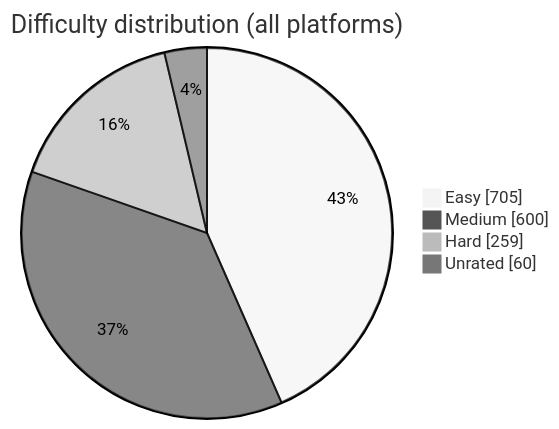
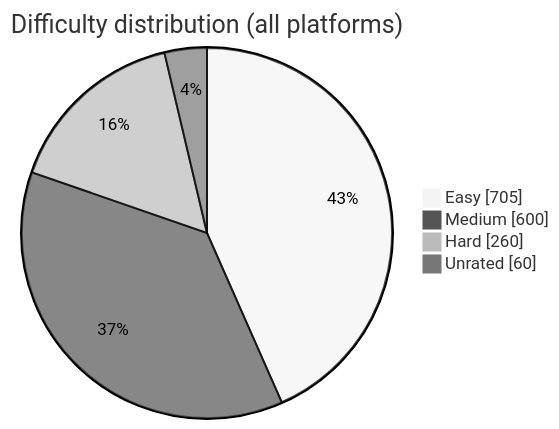
The diagram in README.md (BuildbyArindam/Daily-Coding-Log), drawn with Mermaid (neutral theme) before and after one commit. The commit also changed other lines of this file, not shown here.

````diff
--- a/README.md
+++ b/README.md
@@ -93,7 +93,7 @@
 ```mermaid
 pie showData title Difficulty distribution (all platforms)
     "Easy" : 705
     "Medium" : 600
-    "Hard" : 259
+    "Hard" : 260
     "Unrated" : 60
 ```
````
